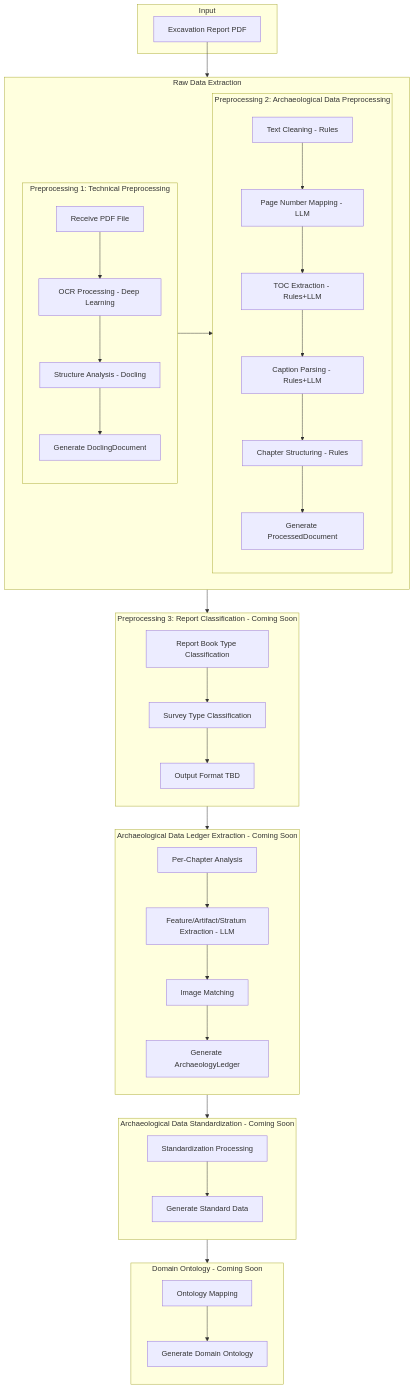
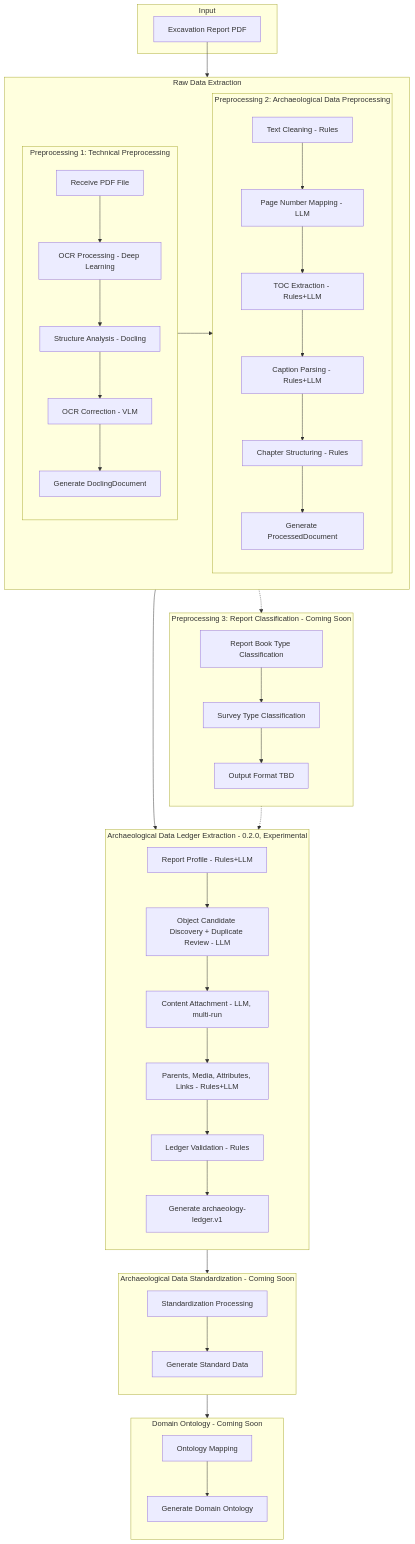
Before and after one commit to heripo-lab/heripo-engine: the first of 6 diagrams in docs/architecture.md, drawn with Mermaid. The commit also changed other lines of this file and 7 other files, not shown here.

````diff
--- a/docs/architecture.md
+++ b/docs/architecture.md
@@ -22,67 +22,71 @@
 ```mermaid
 flowchart TB
     subgraph Input[Input]
         PDF[Excavation Report PDF]
     end
 
     subgraph RawData[Raw Data Extraction]
         subgraph Phase1[Preprocessing 1: Technical Preprocessing]
             direction TB
             P1_1[Receive PDF File]
             P1_2[OCR Processing - Deep Learning]
             P1_3[Structure Analysis - Docling]
+            P1_3b[OCR Correction - VLM]
             P1_4[Generate DoclingDocument]
-            P1_1 --> P1_2 --> P1_3 --> P1_4
+            P1_1 --> P1_2 --> P1_3 --> P1_3b --> P1_4
         end
 
         subgraph Phase2[Preprocessing 2: Archaeological Data Preprocessing]
             direction TB
             P2_1[Text Cleaning - Rules]
             P2_2[Page Number Mapping - LLM]
             P2_3[TOC Extraction - Rules+LLM]
             P2_4[Caption Parsing - Rules+LLM]
             P2_5[Chapter Structuring - Rules]
             P2_6[Generate ProcessedDocument]
             P2_1 --> P2_2 --> P2_3 --> P2_4 --> P2_5 --> P2_6
         end
 
         Phase1 --> Phase2
     end
 
     subgraph Classification[Preprocessing 3: Report Classification - Coming Soon]
         direction TB
         C1[Report Book Type Classification]
         C2[Survey Type Classification]
         C3[Output Format TBD]
         C1 --> C2 --> C3
     end
 
-    subgraph Ledger[Archaeological Data Ledger Extraction - Coming Soon]
+    subgraph Ledger[Archaeological Data Ledger Extraction - 0.2.0, Experimental]
         direction TB
-        L1[Per-Chapter Analysis]
-        L2[Feature/Artifact/Stratum Extraction - LLM]
-        L3[Image Matching]
-        L4[Generate ArchaeologyLedger]
-        L1 --> L2 --> L3 --> L4
+        L1[Report Profile - Rules+LLM]
+        L2[Object Candidate Discovery + Duplicate Review - LLM]
+        L3[Content Attachment - LLM, multi-run]
+        L4[Parents, Media, Attributes, Links - Rules+LLM]
+        L5[Ledger Validation - Rules]
+        L6[Generate archaeology-ledger.v1]
+        L1 --> L2 --> L3 --> L4 --> L5 --> L6
     end
 
     subgraph Standard[Archaeological Data Standardization - Coming Soon]
         direction TB
         S1[Standardization Processing]
         S2[Generate Standard Data]
         S1 --> S2
     end
 
     subgraph Ontology[Domain Ontology - Coming Soon]
         direction TB
         O1[Ontology Mapping]
         O2[Generate Domain Ontology]
         O1 --> O2
     end
 
     PDF --> RawData
-    RawData --> Classification
-    Classification --> Ledger
+    RawData --> Ledger
+    RawData -.-> Classification
+    Classification -.-> Ledger
     Ledger --> Standard
     Standard --> Ontology
 ```
````
